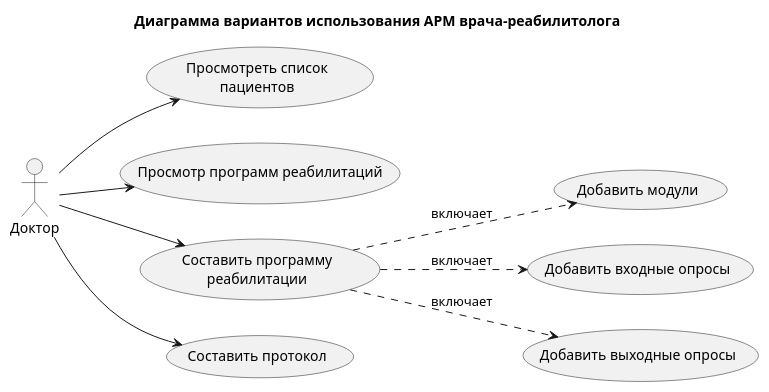
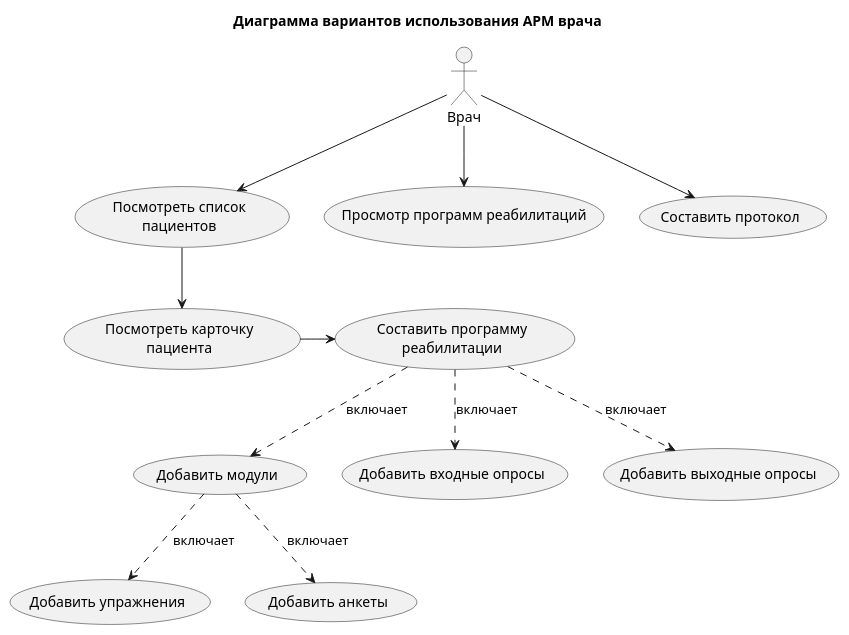
Before and after one commit to giezz/rc-arm-modules-back: the diagram in arm/uml/use-case.puml, drawn with PlantUML.

Commit message:
Use-Case диаграмма.

```diff
--- a/arm/uml/use-case.puml
+++ b/arm/uml/use-case.puml
@@ -1,25 +1,25 @@
 @startuml
 'https://plantuml.com/use-case-diagram
 
-title Диаграмма вариантов использования АРМ врача-реабилитолога
-left to right direction
+title Диаграмма вариантов использования АРМ врача
+'left to right direction
 
-actor Доктор as doc
+actor Врач as doc
 
-(Просмотреть список\nпациентов)
-(Просмотр программ реабилитаций)
-(Составить программу\nреабилитации)
-(Cоставить протокол)
 (Добавить модули)
 (Добавить входные опросы)
 (Добавить выходные опросы)
 
+doc --> (Посмотреть список\nпациентов)
+doc --> (Просмотр программ реабилитаций)
+
+doc --> (Cоставить протокол)
+
+(Посмотреть список\nпациентов) --> (Посмотреть карточку\nпациента)
 (Составить программу\nреабилитации) ..> (Добавить входные опросы) : включает
 (Составить программу\nреабилитации) ..> (Добавить выходные опросы) : включает
 (Составить программу\nреабилитации) ..> (Добавить модули) : включает
-
-doc --> (Просмотреть список\nпациентов)
-doc --> (Просмотр программ реабилитаций)
-doc --> (Составить программу\nреабилитации)
-doc --> (Cоставить протокол)
+(Добавить модули) ..> (Добавить упражнения) : включает
+(Добавить модули) ..> (Добавить анкеты) : включает
+(Посмотреть карточку\nпациента) -> (Составить программу\nреабилитации)
 @enduml
```
